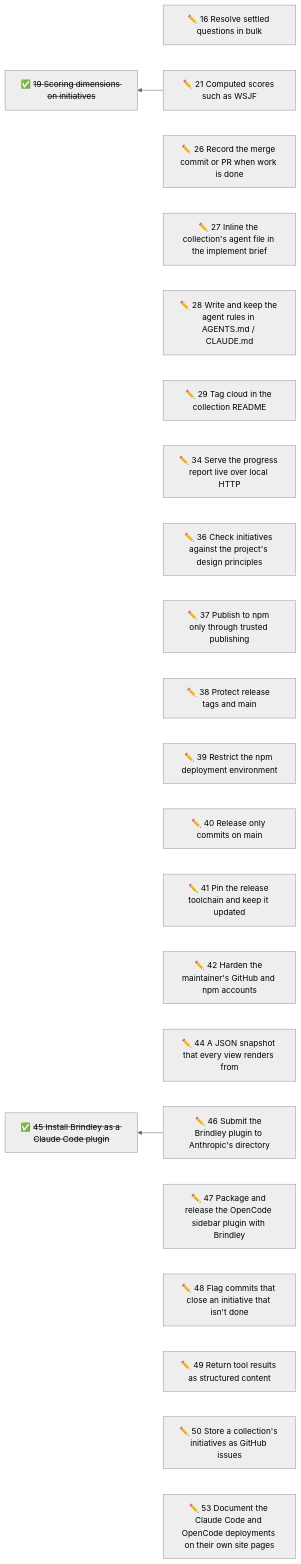
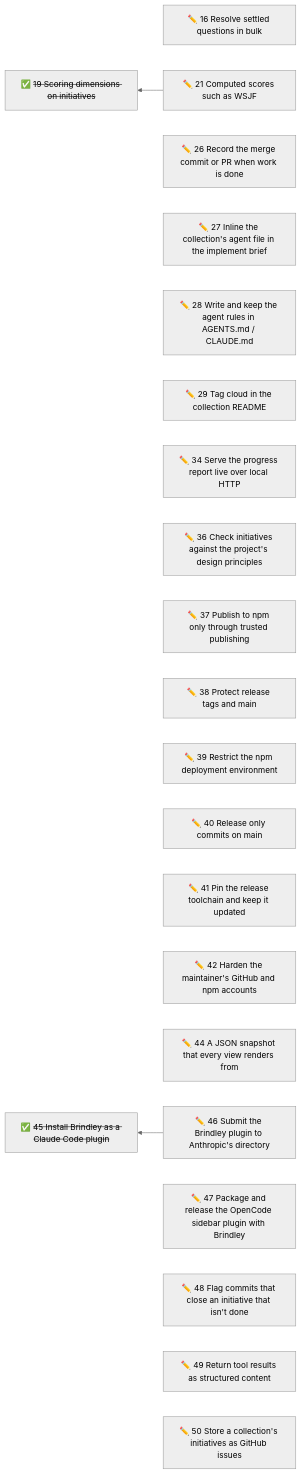
One commit to duckAsteroid/brindley changed the diagram in initiatives/README.md. Above: the diagram before and after it, drawn with Mermaid (neutral theme). The commit also changed other lines of this file and 8 other files, not shown here.

First line of the commit message:
docs: give Claude Code and OpenCode their own guide pages

````diff
--- a/initiatives/README.md
+++ b/initiatives/README.md
@@ -51,51 +50,49 @@
 ```mermaid
 flowchart RL
   n16["✏️ 16 Resolve settled questions in bulk"]
   n21["✏️ 21 Computed scores such as WSJF"]
   n26["✏️ 26 Record the merge commit or PR when work is done"]
   n27["✏️ 27 Inline the collection's agent file in the implement brief"]
   n28["✏️ 28 Write and keep the agent rules in AGENTS.md / CLAUDE.md"]
   n29["✏️ 29 Tag cloud in the collection README"]
   n34["✏️ 34 Serve the progress report live over local HTTP"]
   n36["✏️ 36 Check initiatives against the project's design principles"]
   n37["✏️ 37 Publish to npm only through trusted publishing"]
   n38["✏️ 38 Protect release tags and main"]
   n39["✏️ 39 Restrict the npm deployment environment"]
   n40["✏️ 40 Release only commits on main"]
   n41["✏️ 41 Pin the release toolchain and keep it updated"]
   n42["✏️ 42 Harden the maintainer's GitHub and npm accounts"]
   n44["✏️ 44 A JSON snapshot that every view renders from"]
   n46["✏️ 46 Submit the Brindley plugin to Anthropic's directory"]
   n47["✏️ 47 Package and release the OpenCode sidebar plugin with Brindley"]
   n48["✏️ 48 Flag commits that close an initiative that isn't done"]
   n49["✏️ 49 Return tool results as structured content"]
   n50["✏️ 50 Store a collection's initiatives as GitHub issues"]
-  n53["✏️ 53 Document the Claude Code and OpenCode deployments on their own site pages"]
   n19["✅ <s>19 Scoring dimensions on initiatives</s>"]
   n45["✅ <s>45 Install Brindley as a Claude Code plugin</s>"]
   n21 --> n19
   n46 --> n45
   click n16 href "16-resolve-settled-questions-in-bulk.md"
   click n21 href "21-computed-scores-such-as-wsjf.md"
   click n26 href "26-record-the-merge-commit-or-pr-when-work-is-done.md"
   click n27 href "27-inline-the-collection-s-agent-file-in-the-implement-brief.md"
   click n28 href "28-write-and-keep-the-agent-rules-in-agents-md-claude-md.md"
   click n29 href "29-tag-cloud-in-the-collection-readme.md"
   click n34 href "34-serve-the-progress-report-live-over-local-http.md"
   click n36 href "36-check-initiatives-against-the-project-s-design-principles.md"
   click n37 href "37-publish-to-npm-only-through-trusted-publishing.md"
   click n38 href "38-protect-release-tags-and-main.md"
   click n39 href "39-restrict-the-npm-deployment-environment.md"
   click n40 href "40-release-only-commits-on-main.md"
   click n41 href "41-pin-the-release-toolchain-and-keep-it-updated.md"
   click n42 href "42-harden-the-maintainer-s-github-and-npm-accounts.md"
   click n44 href "44-a-json-snapshot-that-every-view-renders-from.md"
   click n46 href "46-submit-the-brindley-plugin-to-anthropic-s-directory.md"
   click n47 href "47-package-and-release-the-opencode-sidebar-plugin-with-brindle.md"
   click n48 href "48-flag-commits-that-close-an-initiative-that-isn-t-done.md"
   click n49 href "49-return-tool-results-as-structured-content.md"
   click n50 href "50-store-a-collection-s-initiatives-as-github-issues.md"
-  click n53 href "53-document-the-claude-code-and-opencode-deployments-on-their-o.md"
   click n19 href "done/19-rank-initiatives-by-scoring-dimensions.md"
   click n45 href "done/45-install-brindley-as-a-claude-code-plugin.md"
 ```
````
